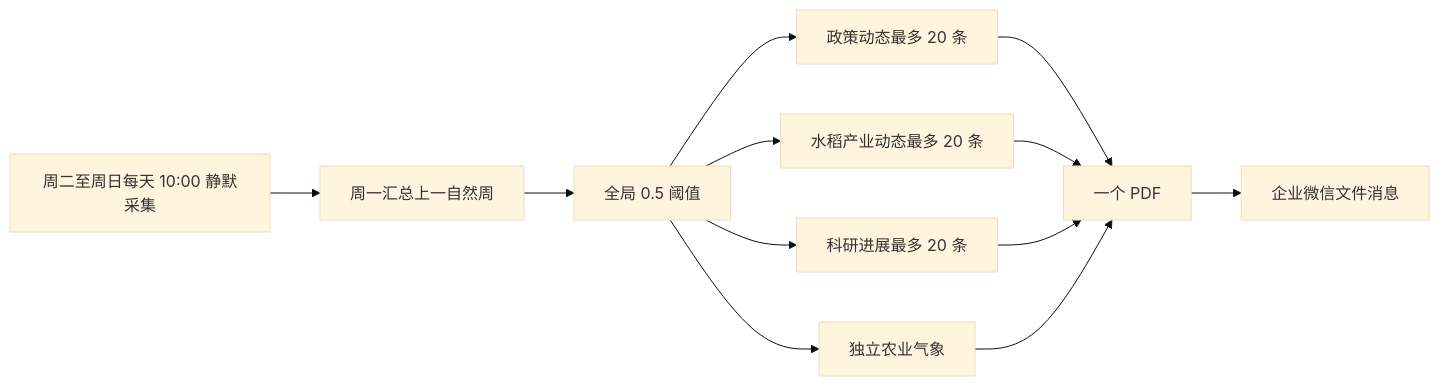
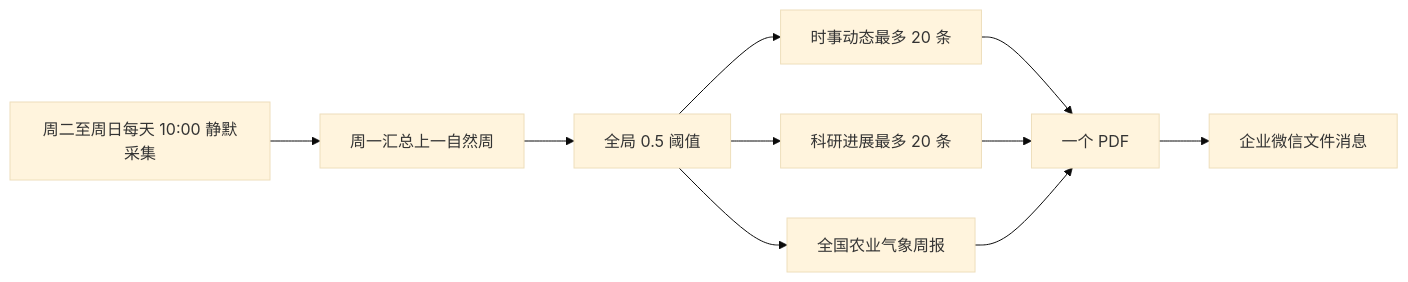
The diagram in docs/news-push-technical-implementation.md (zzzseeu/TrendRadar), drawn with Mermaid (base theme) before and after one commit. The commit also changed other lines of this file and 24 other files, not shown here.

````diff
--- a/docs/news-push-technical-implementation.md
+++ b/docs/news-push-technical-implementation.md
@@ -7,14 +7,12 @@
 ```mermaid
 flowchart LR
     A[周二至周日每天 10:00 静默采集] --> B[周一汇总上一自然周]
     B --> C[全局 0.5 阈值]
-    C --> D[政策动态最多 20 条]
-    C --> E[水稻产业动态最多 20 条]
+    C --> D[时事动态最多 20 条]
     C --> F[科研进展最多 20 条]
-    C --> I[独立农业气象]
+    C --> I[全国农业气象周报]
     D --> G[一个 PDF]
-    E --> G
     F --> G
     I --> G
     G --> H[企业微信文件消息]
 ```
````
